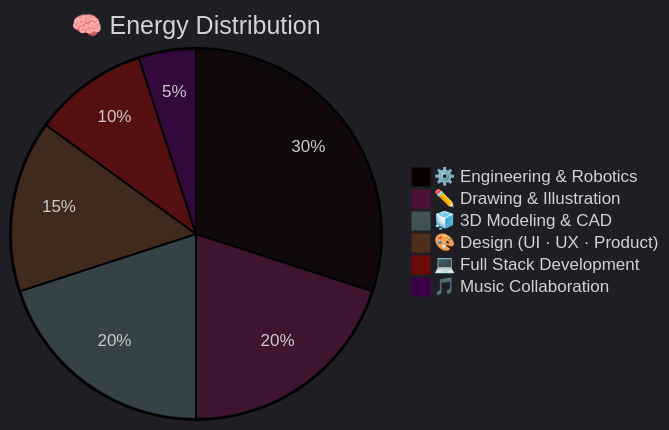
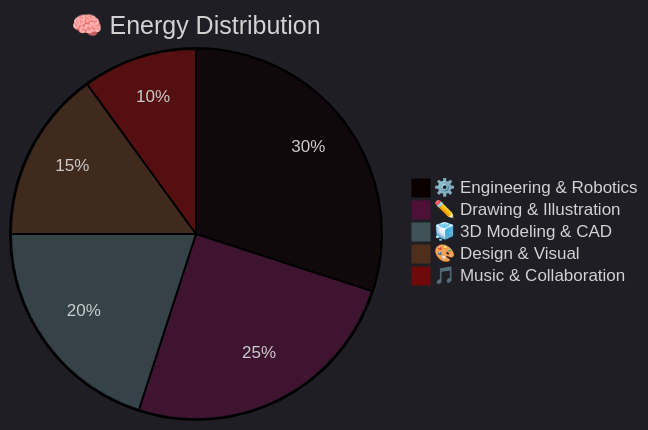
Before and after one commit to nasblor/nasblor: the third of 3 diagrams in readme.md, drawn with Mermaid. The commit also changed other lines of this file, not shown here.

````diff
--- a/readme.md
+++ b/readme.md
@@ -251,10 +215,9 @@
 ```mermaid
 %%{init: {'theme':'dark','themeVariables':{'primaryColor':'#1a4468','primaryTextColor':'#d6eaf8','lineColor':'#5dade2'}}}%%
 pie title 🧠 Energy Distribution
     "⚙️ Engineering & Robotics" : 30
-    "✏️ Drawing & Illustration" : 20
+    "✏️ Drawing & Illustration" : 25
     "🧊 3D Modeling & CAD" : 20
-    "🎨 Design (UI · UX · Product)" : 15
-    "💻 Full Stack Development" : 10
-    "🎵 Music Collaboration" : 5
+    "🎨 Design & Visual" : 15
+    "🎵 Music & Collaboration" : 10
 ```
````
